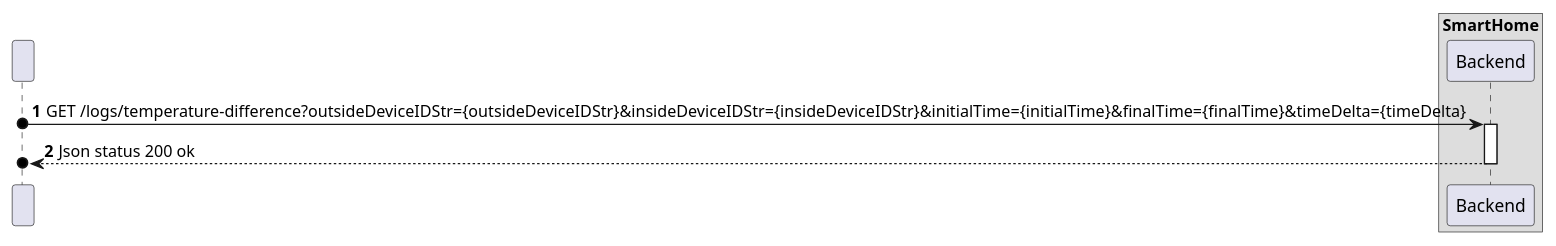
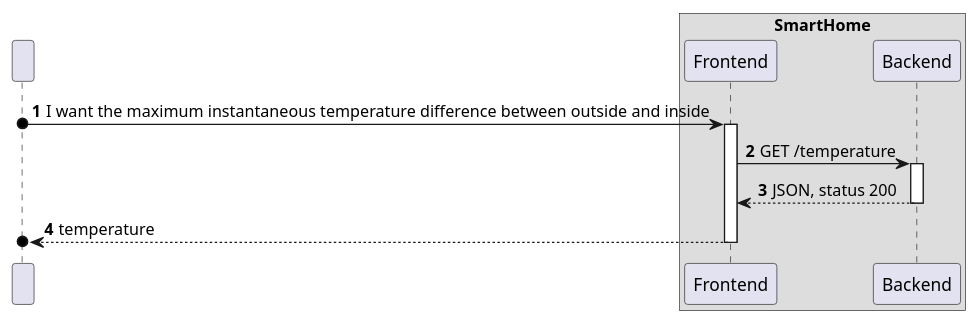
Before and after one commit to olivDiogo/SmartHome: the diagram in docs/ooa/C4_4plus1_models/Level2/ProcessView/ProcessViewLevel2_UC13.puml, drawn with PlantUML. The commit also changed 11 other files, not shown here.

Commit message:
docs: updates on process view level 2 and 3 diagrams

```diff
--- a/docs/ooa/C4_4plus1_models/Level2/ProcessView/ProcessViewLevel2_UC13.puml
+++ b/docs/ooa/C4_4plus1_models/Level2/ProcessView/ProcessViewLevel2_UC13.puml
@@ -1,24 +1,31 @@
 @startuml
 'https://plantuml.com/sequence-diagram
 !pragma layout smetana
 
 autonumber
 
 participant " " as HTTP
 
 box "SmartHome"
+    participant "Frontend" as FE
     participant "Backend" as BE
 
 end box
 
 
-HTTP o-> BE : GET /logs/temperature-difference?outsideDeviceIDStr={outsideDeviceIDStr}&insideDeviceIDStr={insideDeviceIDStr}&initialTime={initialTime}&finalTime={finalTime}&timeDelta={timeDelta}
+HTTP o-> FE : I want the maximum instantaneous temperature difference between outside and inside
+activate FE
+
+FE -> BE : GET /temperature
 activate BE
 
+BE --> FE : JSON, status 200
+deactivate BE
 
-BE -->o HTTP : Json status 200 ok
-deactivate BE
+FE -->o HTTP : temperature
+deactivate FE
+
 
 
 
 @enduml
```
